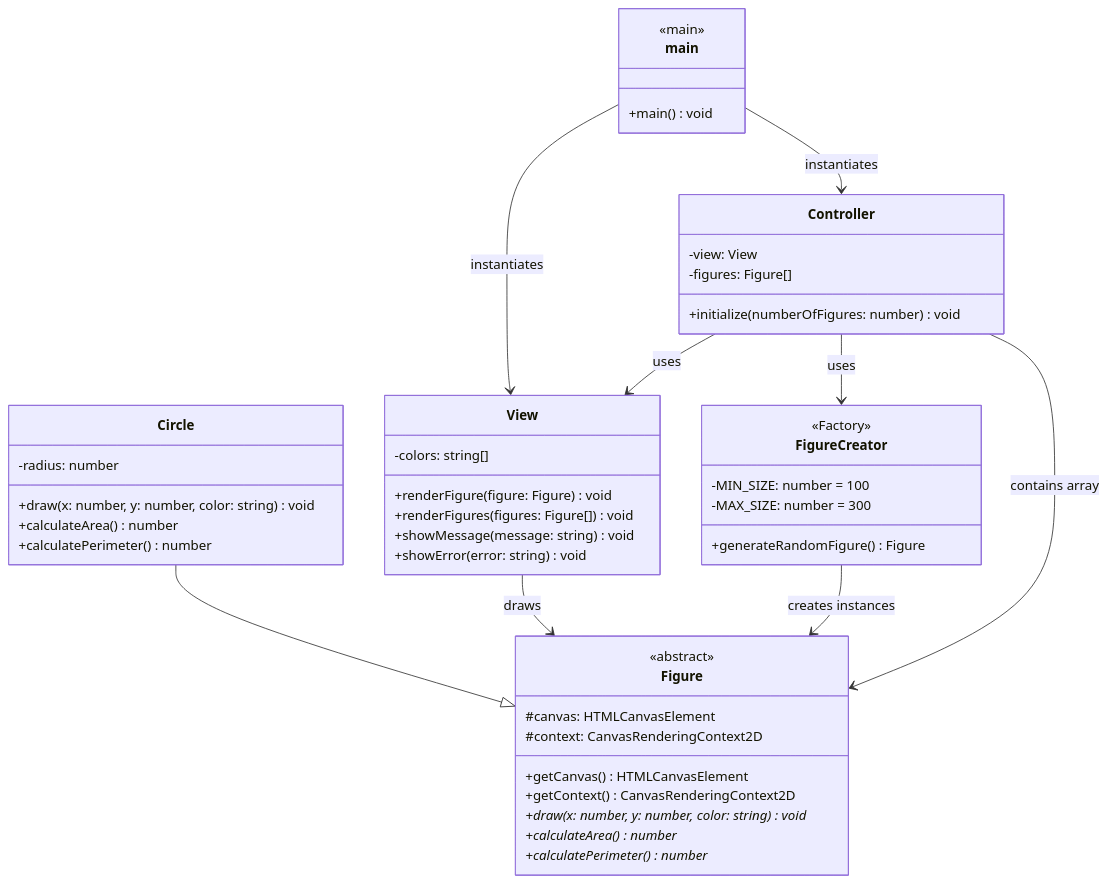
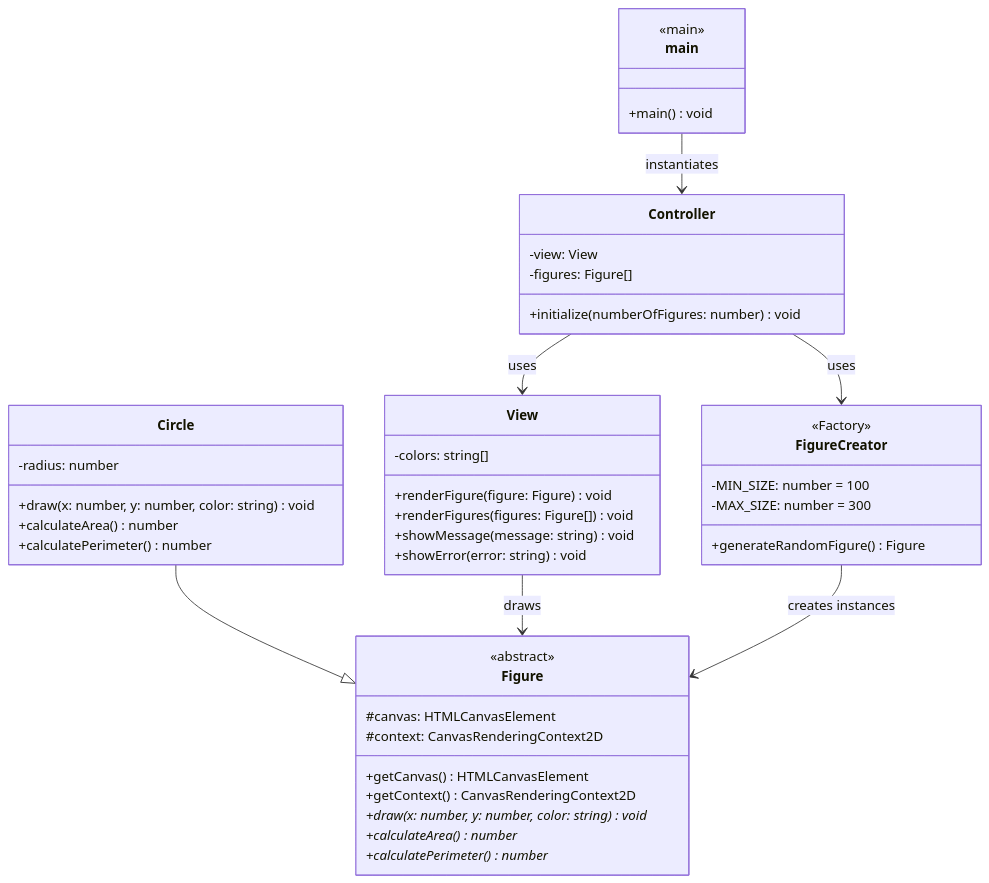
One commit to ULL-ESIT-PAI-2025-2026/2025-2026-pai-mvc-mvvm-adrian-enrique-manuel changed the diagram in src/p07-visualizacion-figuras/DIAGRAMA_UML.md. Above: the diagram before and after it, drawn with Mermaid. The commit also changed other lines of this file and 6 other files, not shown here.

````diff
--- a/src/p07-visualizacion-figuras/DIAGRAMA_UML.md
+++ b/src/p07-visualizacion-figuras/DIAGRAMA_UML.md
@@ -3,58 +1,56 @@
 ```mermaid
 classDiagram
     
     class Figure {
         <<abstract>>
         #canvas: HTMLCanvasElement
         #context: CanvasRenderingContext2D
         +getCanvas() HTMLCanvasElement
         +getContext() CanvasRenderingContext2D
         +draw(x: number, y: number, color: string)* void
         +calculateArea()* number
         +calculatePerimeter()* number
     }
 
     class Circle {
         -radius: number
         +draw(x: number, y: number, color: string) void
         +calculateArea() number
         +calculatePerimeter() number
     }
 
     class FigureCreator {
         <<Factory>>
         -MIN_SIZE: number = 100
         -MAX_SIZE: number = 300
         +generateRandomFigure() Figure
     }
 
     
     class View {
         -colors: string[]
         +renderFigure(figure: Figure) void
         +renderFigures(figures: Figure[]) void
         +showMessage(message: string) void
         +showError(error: string) void
     }
 
     class Controller {
         -view: View
         -figures: Figure[]
         +initialize(numberOfFigures: number) void
     }
 
     class main {
         <<main>>
         +main() void
     }
 
     Circle --|> Figure
 
     Controller --> View : uses
     Controller --> FigureCreator : uses
-    Controller --> Figure : contains array
     View --> Figure : draws
-    main --> View : instantiates
     main --> Controller : instantiates
     FigureCreator --> Figure : creates instances
 ```
````
